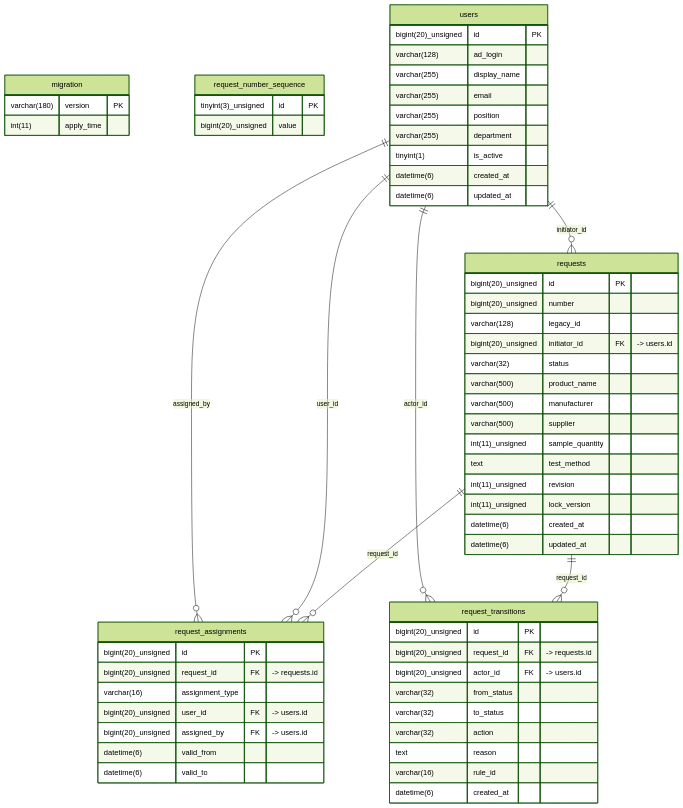
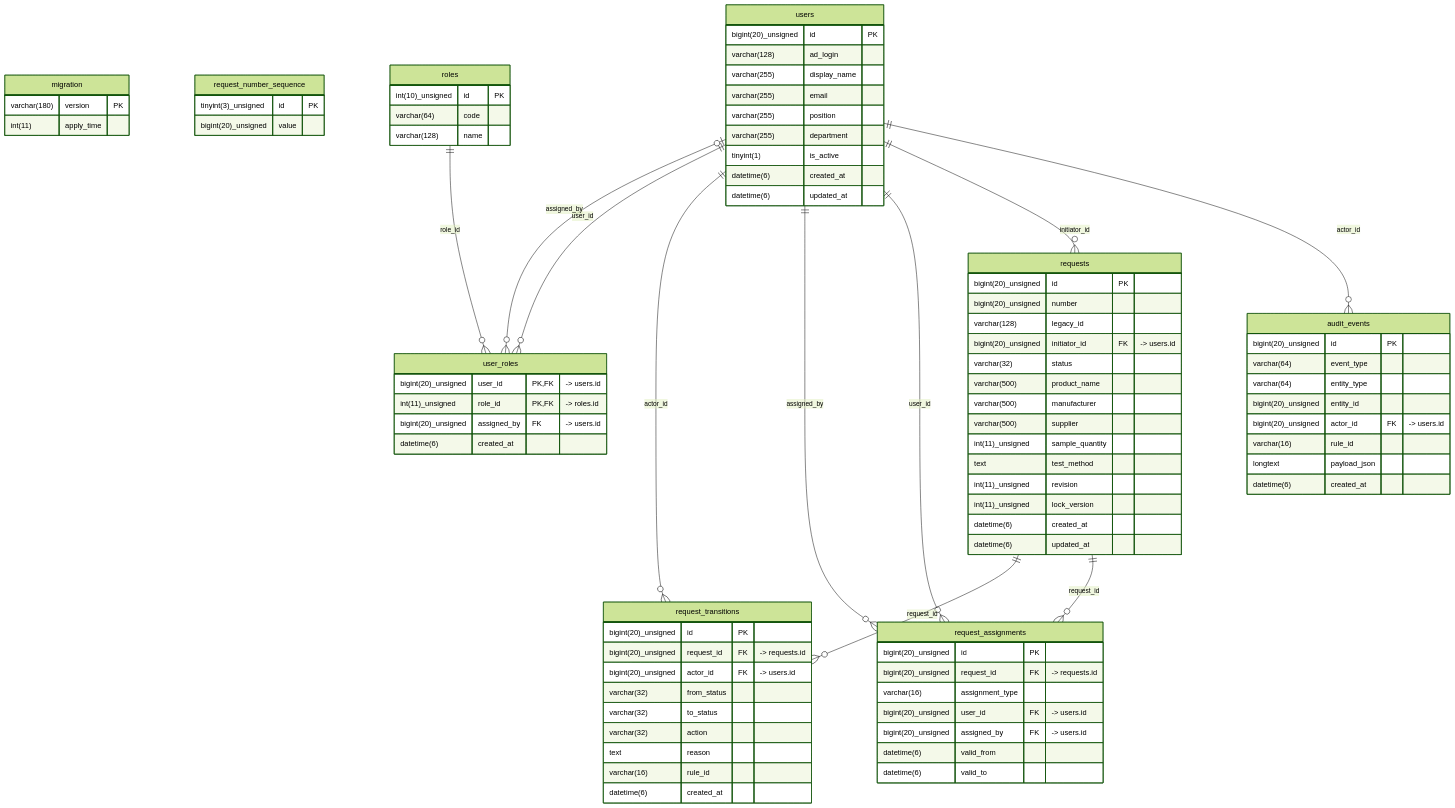
Before and after one commit to Antropophag/ic: the diagram in docs/data-model.md, drawn with Mermaid (forest theme). The commit also changed 14 other files, not shown here.

````diff
--- a/docs/data-model.md
+++ b/docs/data-model.md
@@ -12,5 +12,15 @@
 ```mermaid
 erDiagram
+    audit_events {
+        bigint(20)_unsigned id PK
+        varchar(64) event_type
+        varchar(64) entity_type
+        bigint(20)_unsigned entity_id
+        bigint(20)_unsigned actor_id FK "-> users.id"
+        varchar(16) rule_id
+        longtext payload_json
+        datetime(6) created_at
+    }
     migration {
         varchar(180) version PK
         int(11) apply_time
@@ -55,6 +65,11 @@
         varchar(16) rule_id
         datetime(6) created_at
     }
+    roles {
+        int(10)_unsigned id PK
+        varchar(64) code
+        varchar(128) name
+    }
     users {
         bigint(20)_unsigned id PK
         varchar(128) ad_login
@@ -66,10 +81,20 @@
         datetime(6) created_at
         datetime(6) updated_at
     }
+    user_roles {
+        bigint(20)_unsigned user_id PK,FK "-> users.id"
+        int(11)_unsigned role_id PK,FK "-> roles.id"
+        bigint(20)_unsigned assigned_by FK "-> users.id"
+        datetime(6) created_at
+    }
+    users ||--o{ audit_events : "actor_id"
     users ||--o{ requests : "initiator_id"
     requests ||--o{ request_assignments : "request_id"
     users ||--o{ request_assignments : "user_id"
     users ||--o{ request_assignments : "assigned_by"
     requests ||--o{ request_transitions : "request_id"
     users ||--o{ request_transitions : "actor_id"
+    users ||--o{ user_roles : "user_id"
+    roles ||--o{ user_roles : "role_id"
+    users |o--o{ user_roles : "assigned_by"
 ```
````
